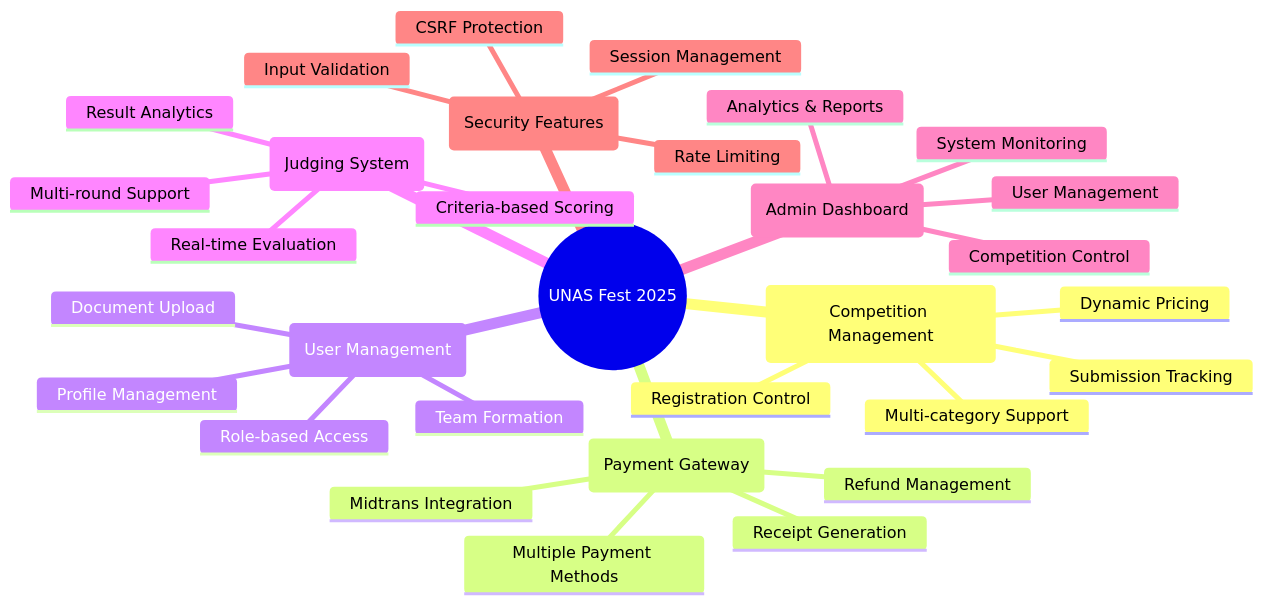
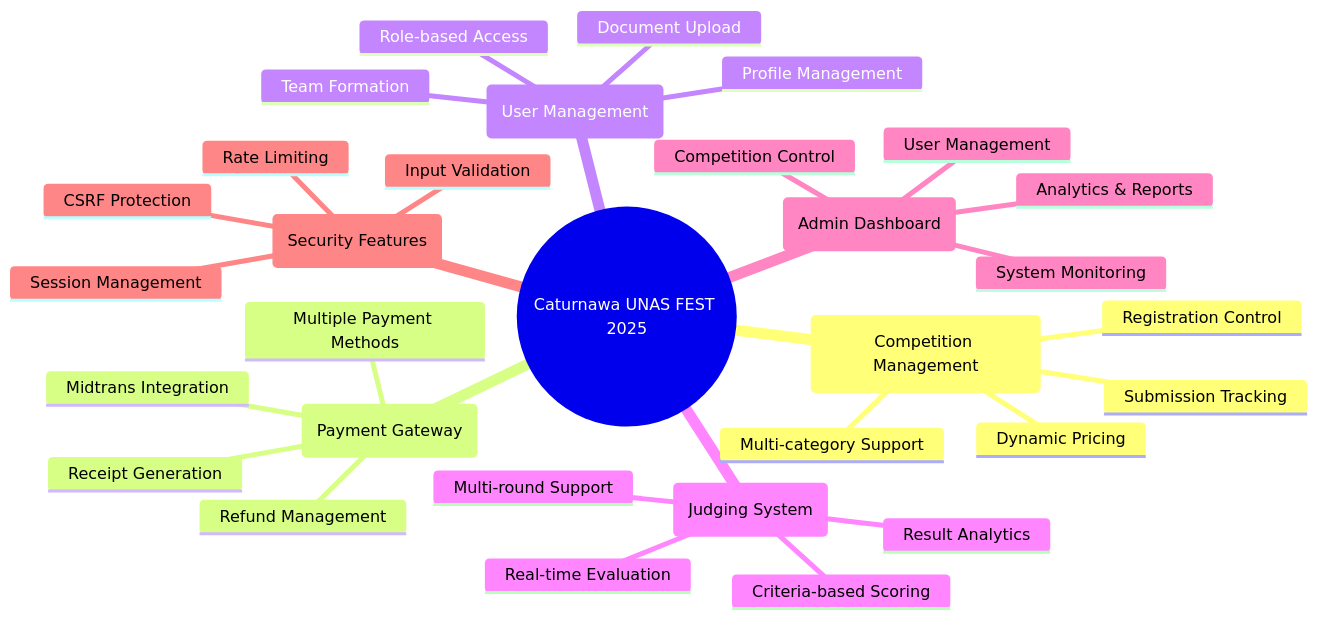
One commit to el-pablos/caturnawa-uf-2025 changed the first of 28 diagrams in README.md. Above: the diagram before and after it, drawn with Mermaid. The commit also changed other lines of this file and 102 other files, not shown here.

````diff
--- a/README.md
+++ b/README.md
@@ -62,34 +62,34 @@
 ```mermaid
 mindmap
-  root((UNAS Fest 2025))
+  root((Caturnawa UNAS FEST 2025))
     (Competition Management)
       Multi-category Support
       Dynamic Pricing
       Registration Control
       Submission Tracking
     (Payment Gateway)
       Midtrans Integration
       Multiple Payment Methods
       Receipt Generation
       Refund Management
     (User Management)
       Role-based Access
       Profile Management
       Team Formation
       Document Upload
     (Judging System)
       Criteria-based Scoring
       Multi-round Support
       Real-time Evaluation
       Result Analytics
     (Admin Dashboard)
       Analytics & Reports
       User Management
       Competition Control
       System Monitoring
     (Security Features)
       CSRF Protection
       Input Validation
       Rate Limiting
       Session Management
 ```
````
